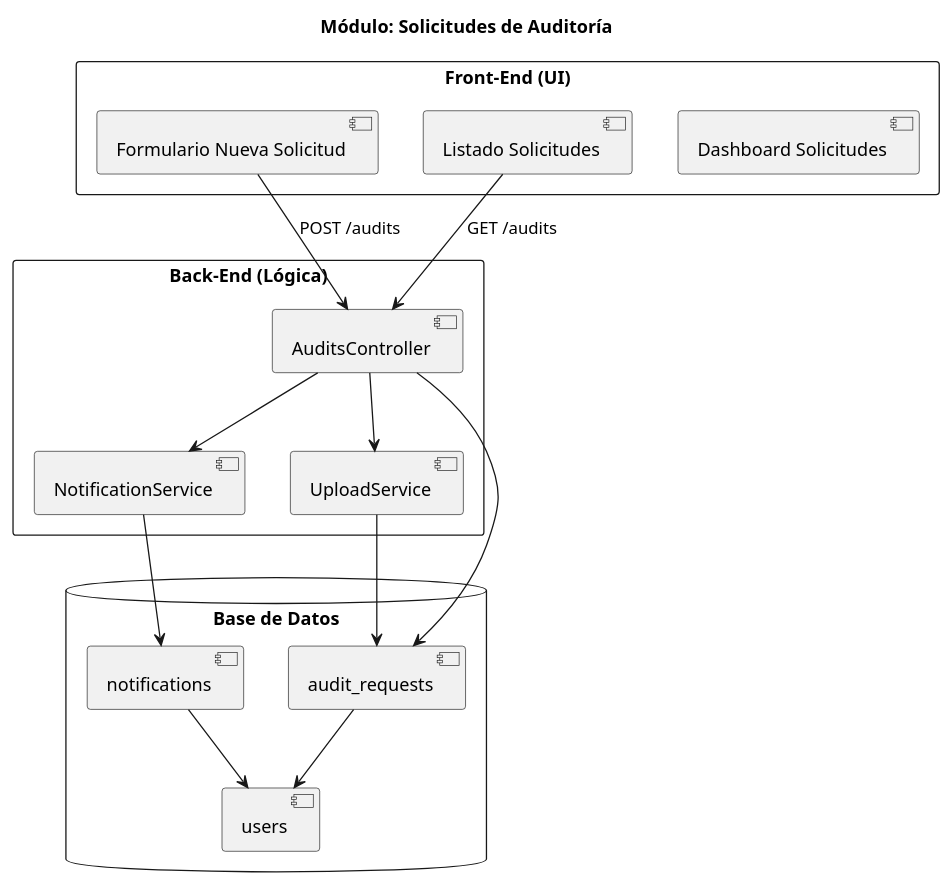
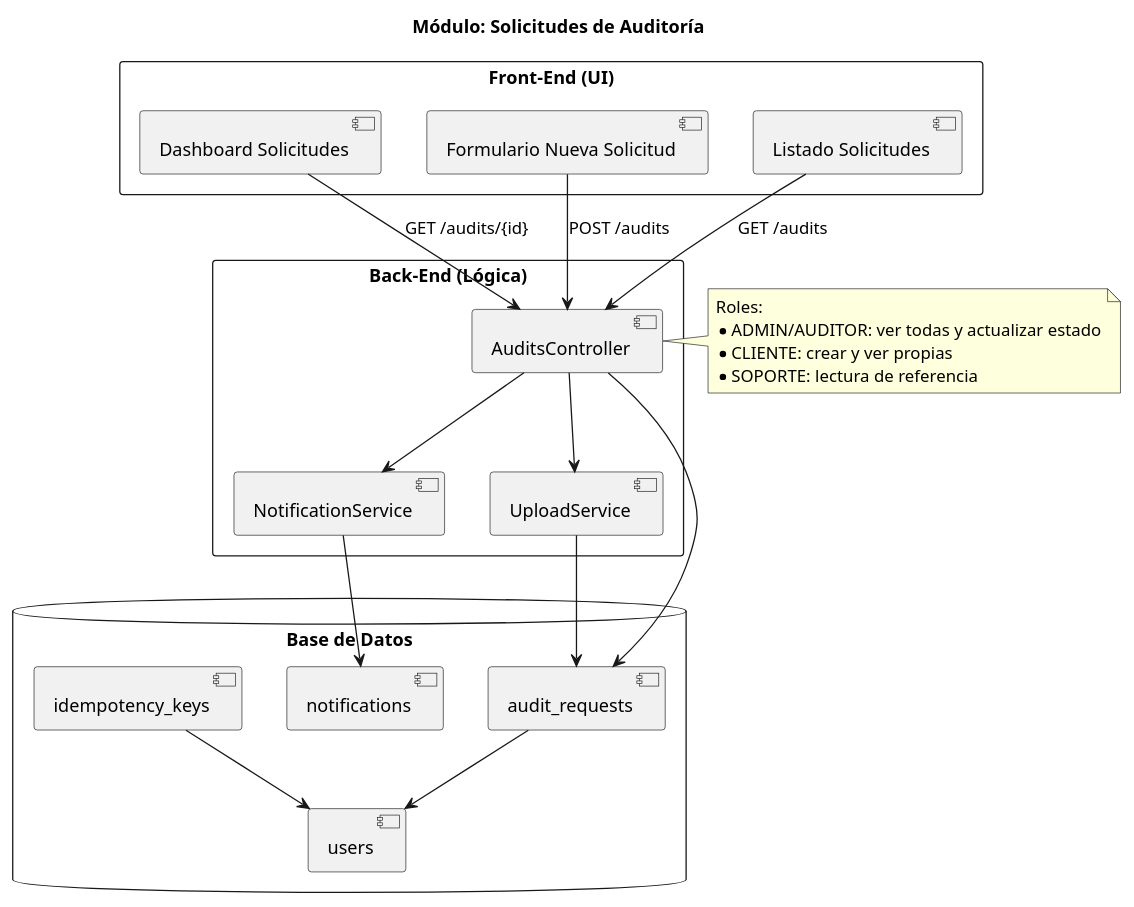
Before and after one commit to Orlamrt/SistemaContableISW: the diagram in docs/plantuml/solicitudes.puml, drawn with PlantUML. The commit also changed 48 other files, not shown here.

```diff
--- a/docs/plantuml/solicitudes.puml
+++ b/docs/plantuml/solicitudes.puml
@@ -1,32 +1,41 @@
 @startuml
 title Módulo: Solicitudes de Auditoría
 
 rectangle "Front-End (UI)" {
   [Dashboard Solicitudes]
   [Formulario Nueva Solicitud]
   [Listado Solicitudes]
 }
 
 rectangle "Back-End (Lógica)" {
   [AuditsController]
   [UploadService]
   [NotificationService]
 }
 
+note right of [AuditsController]
+  Roles:
+  * ADMIN/AUDITOR: ver todas y actualizar estado
+  * CLIENTE: crear y ver propias
+  * SOPORTE: lectura de referencia
+end note
+
 database "Base de Datos" {
   [audit_requests]
   [notifications]
   [users]
+  [idempotency_keys]
 }
 
 [Formulario Nueva Solicitud] --> [AuditsController] : POST /audits
 [Listado Solicitudes] --> [AuditsController] : GET /audits
+[Dashboard Solicitudes] --> [AuditsController] : GET /audits/{id}
 [AuditsController] --> [UploadService]
 [AuditsController] --> [audit_requests]
 [UploadService] --> [audit_requests]
 [AuditsController] --> [NotificationService]
 [NotificationService] --> [notifications]
-[notifications] --> [users]
 [audit_requests] --> [users]
+[idempotency_keys] --> [users]
 
 @enduml
```
